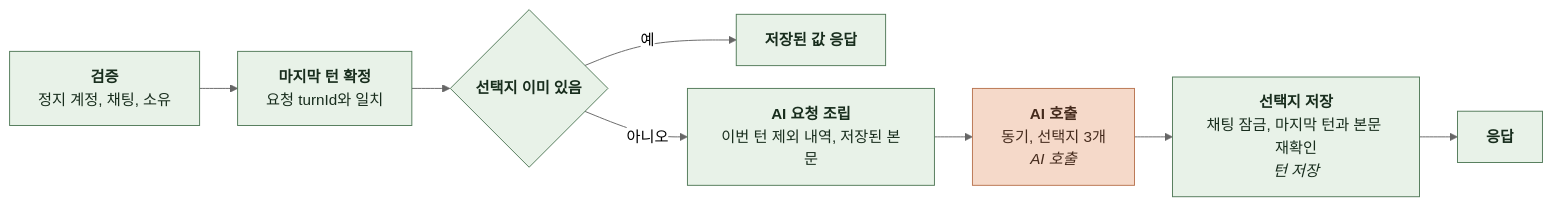
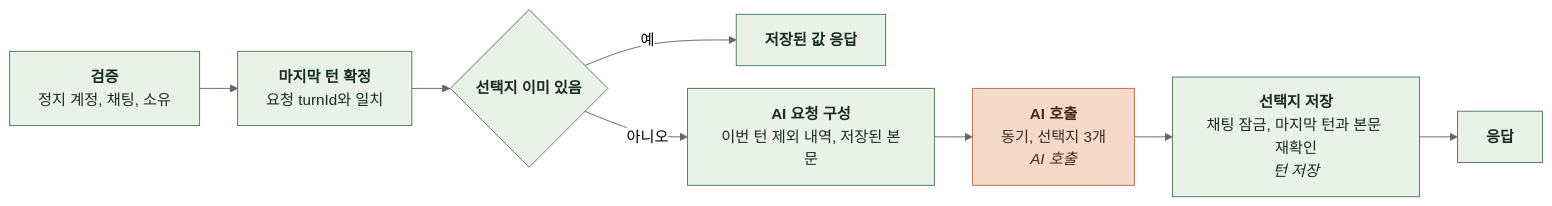
The seventh of 12 diagrams in docs/domain/CHAT/BACKEND/4-1-PIPELINES.md (KIM-N-KANG/knk-harness), drawn with Mermaid (neutral theme) before and after one commit. The commit also changed other lines of this file and 14 other files, not shown here.

````diff
--- a/docs/domain/CHAT/BACKEND/4-1-PIPELINES.md
+++ b/docs/domain/CHAT/BACKEND/4-1-PIPELINES.md
@@ -353,22 +363,22 @@
 ```mermaid
 %%{init: {"flowchart": {"curve": "basis", "nodeSpacing": 24, "rankSpacing": 40}}}%%
 flowchart LR
     A["`**검증**
 정지 계정, 채팅, 소유`"] --> B["`**마지막 턴 확정**
 요청 turnId와 일치`"]
     B --> C{"`**선택지 이미 있음**`"}
     C -->|예| D["`**저장된 값 응답**`"]
-    C -->|아니오| E["`**AI 요청 조립**
+    C -->|아니오| E["`**AI 요청 구성**
 이번 턴 제외 내역, 저장된 본문`"]
     E --> F["`**AI 호출**
 동기, 선택지 3개
 *AI 호출*`"]
     F --> G["`**선택지 저장**
 채팅 잠금, 마지막 턴과 본문 재확인
 *턴 저장*`"]
     G --> H["`**응답**`"]
     classDef comp fill:#E8F2E8,stroke:#527A59,color:#182D1D
     classDef task fill:#F5D9C9,stroke:#B97450,color:#452B1D
     class A,B,C,D,E,G,H comp
     class F task
 ```
````
